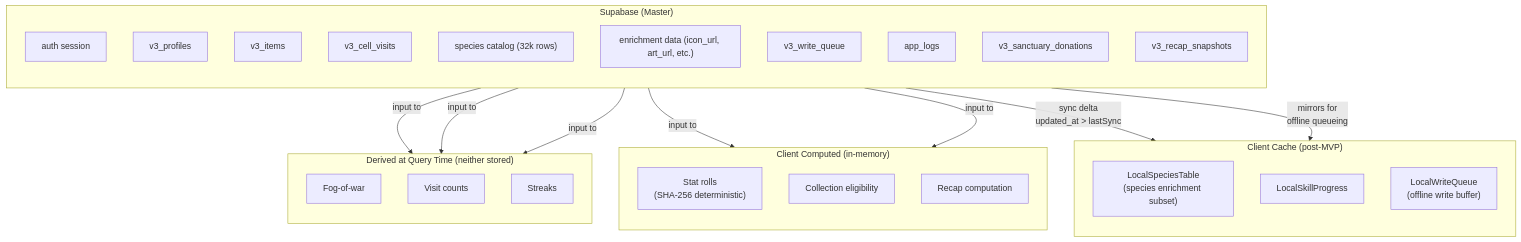
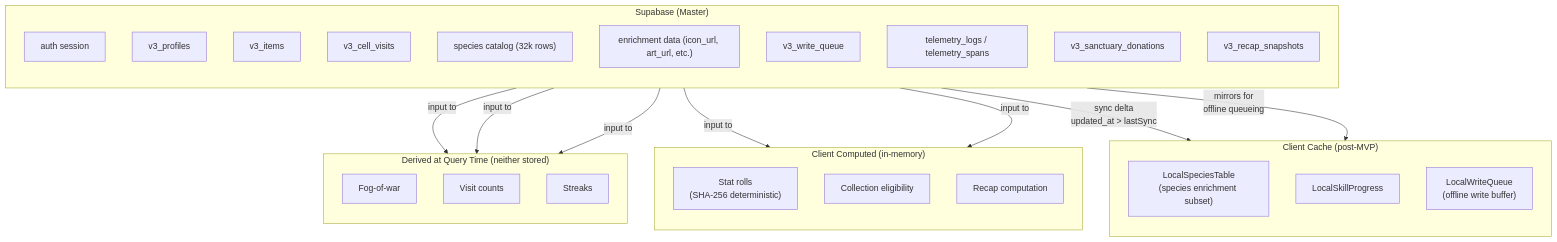
The diagram in docs/diagrams/solution/4-4-data-residency.mmd (JMLegere/geo-app), drawn with Mermaid before and after one commit. The commit also changed 35 other files, not shown here.

First line of the commit message:
Replace app_logs with OTel-shaped telemetry (#490)

```diff
--- a/docs/diagrams/solution/4-4-data-residency.mmd
+++ b/docs/diagrams/solution/4-4-data-residency.mmd
@@ -1,46 +1,46 @@
 %% Status: NEEDS HUMAN REVIEW
 %% EarthNova Data Residency Matrix
 
 flowchart TB
     subgraph SUPABASE["Supabase (Master)"]
         direction TB
         S1["auth session"]
         S2["v3_profiles"]
         S3["v3_items"]
         S4["v3_cell_visits"]
         S5["species catalog (32k rows)"]
         S6["enrichment data (icon_url, art_url, etc.)"]
         S7["v3_write_queue"]
-        S8["app_logs"]
+        S8["telemetry_logs / telemetry_spans"]
         S9["v3_sanctuary_donations"]
         S10["v3_recap_snapshots"]
     end
 
     subgraph CLIENT_CACHE["Client Cache (post-MVP)"]
         direction TB
         C1["LocalSpeciesTable\n(species enrichment subset)"]
         C2["LocalSkillProgress"]
         C3["LocalWriteQueue\n(offline write buffer)"]
     end
 
     subgraph CLIENT_COMPUTED["Client Computed (in-memory)"]
         direction TB
         D1["Stat rolls\n(SHA-256 deterministic)"]
         D2["Collection eligibility"]
         D3["Recap computation"]
     end
 
     subgraph DERIVED["Derived at Query Time (neither stored)"]
         direction TB
         E1["Fog-of-war"]
         E2["Visit counts"]
         E3["Streaks"]
     end
 
     S5 -- "sync delta\nupdated_at > lastSync" --> C1
     S7 -- "mirrors for\noffline queueing" --> C3
     S3 -- "input to" --> D1
     S3 -- "input to" --> D2
     S4 -- "input to" --> E1
     S4 -- "input to" --> E2
     S4 -- "input to" --> E3
```
